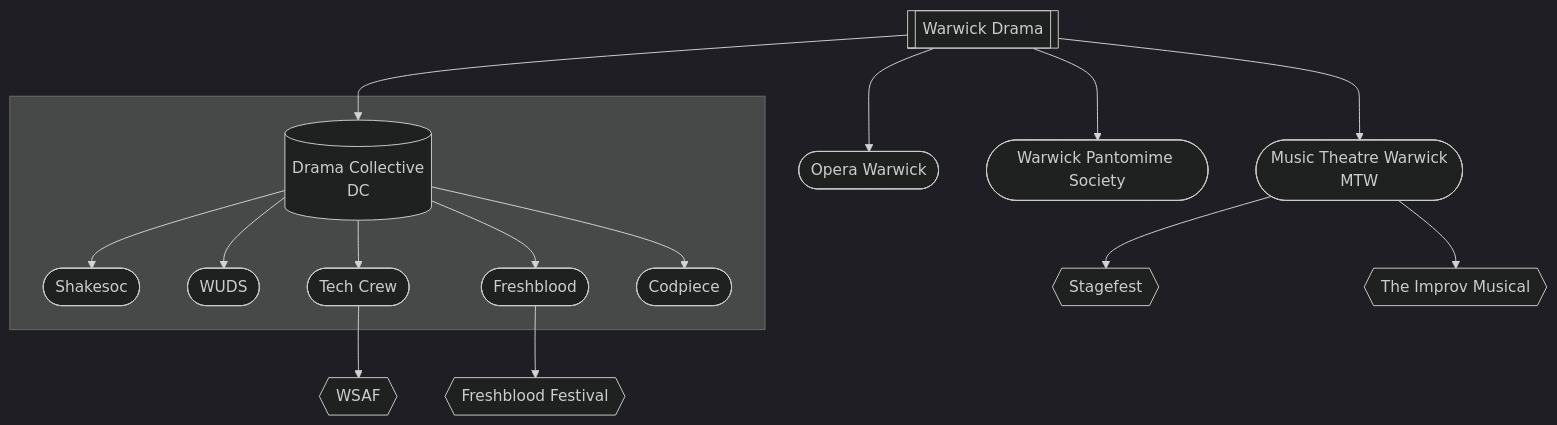
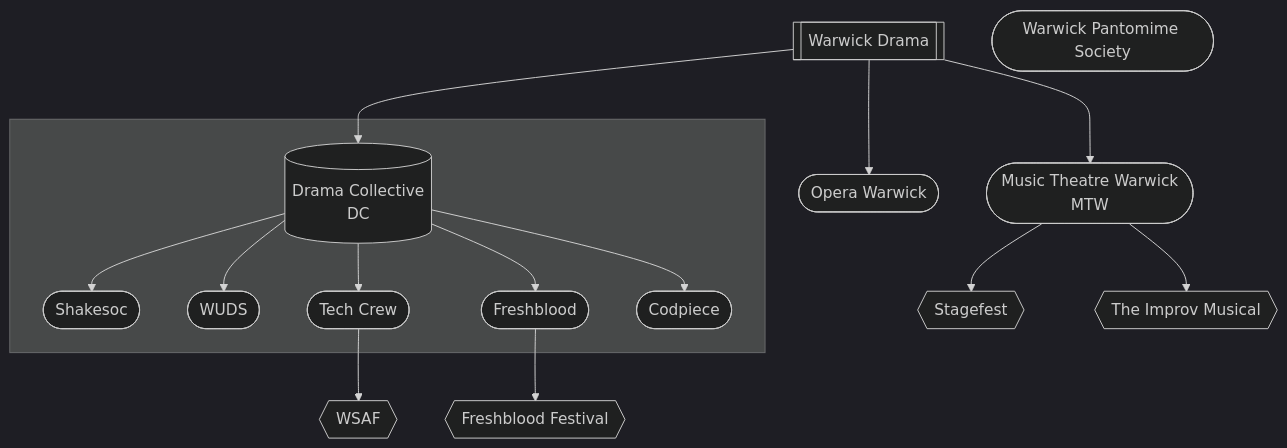
The diagram in wiki/02-warwick-drama/index.md (WarwickTechCrew/tc-website-wiki), drawn with Mermaid (dark theme) before and after one commit. The commit also changed other lines of this file, not shown here.

Commit message:
:memo: Make distinction between Warwick Panto and Warwick Drama

````diff
--- a/wiki/02-warwick-drama/index.md
+++ b/wiki/02-warwick-drama/index.md
@@ -10,19 +10,19 @@
 ```mermaid
 flowchart TD
     WD[[Warwick Drama]]
     WD --> MTW([Music Theatre Warwick\nMTW])
     WD --> Opera([Opera Warwick])
     WD --> DC[(Drama Collective\nDC)]
-    WD --> Panto([Warwick Pantomime Society])
     subgraph \n
         DC --> SS([Shakesoc])
         DC --> WUDS([WUDS])
         DC --> TC([Tech Crew])
         DC --> FB([Freshblood])
         DC --> CP([Codpiece])
     end
     TC --> WSAF{{WSAF}}
     MTW --> SF{{Stagefest}}
     MTW --> IM{{The Improv Musical}}
     FB --> FF{{Freshblood Festival}}
+    PO([Warwick Pantomime Society])
 ```
````
